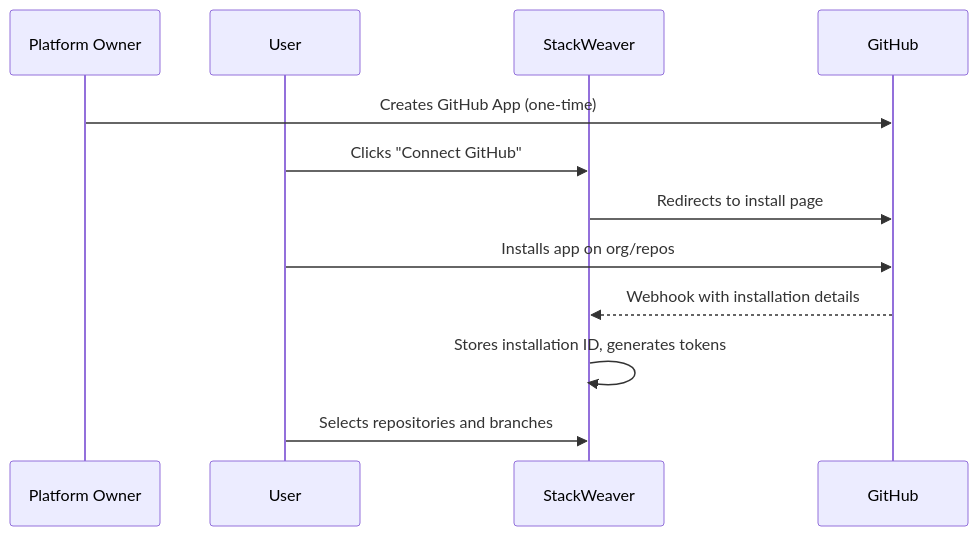
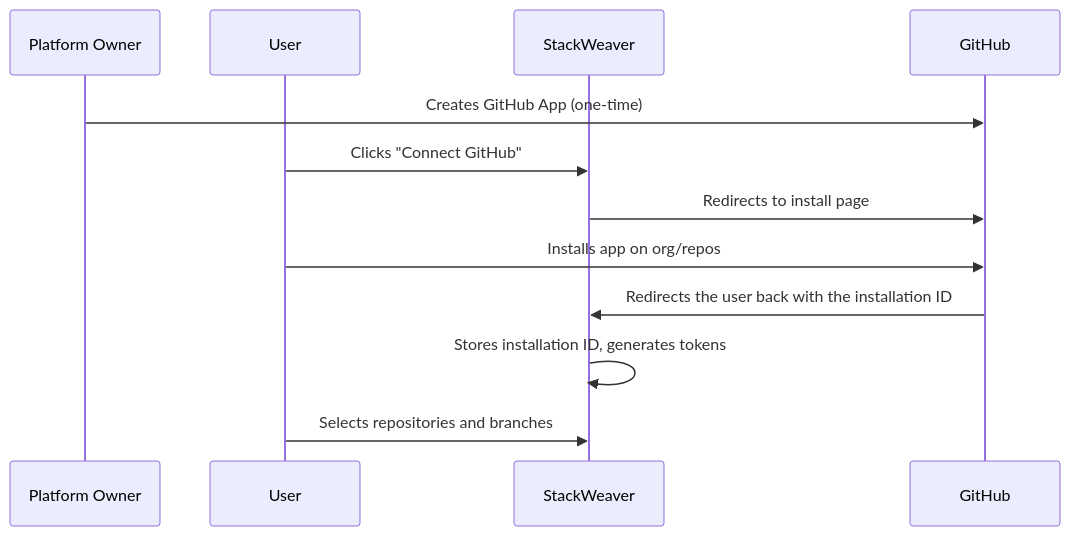
Before and after one commit to vhco-pro/stackweaver-frontend: the first of 2 diagrams in docs/user-guides/vcs/github-app.md, drawn with Mermaid. The commit also changed other lines of this file and 2 other files, not shown here.

Commit message:
fix(auth): require proof in a password change and a verified factor for user reads (#243)

````diff
--- a/docs/user-guides/vcs/github-app.md
+++ b/docs/user-guides/vcs/github-app.md
@@ -17,15 +17,15 @@
 ```mermaid
 sequenceDiagram
     participant Owner as Platform Owner
     participant User
     participant SW as StackWeaver
     participant GH as GitHub
 
     Owner->>GH: Creates GitHub App (one-time)
     User->>SW: Clicks "Connect GitHub"
     SW->>GH: Redirects to install page
     User->>GH: Installs app on org/repos
-    GH-->>SW: Webhook with installation details
+    GH->>SW: Redirects the user back with the installation ID
     SW->>SW: Stores installation ID, generates tokens
     User->>SW: Selects repositories and branches
 ```
````
